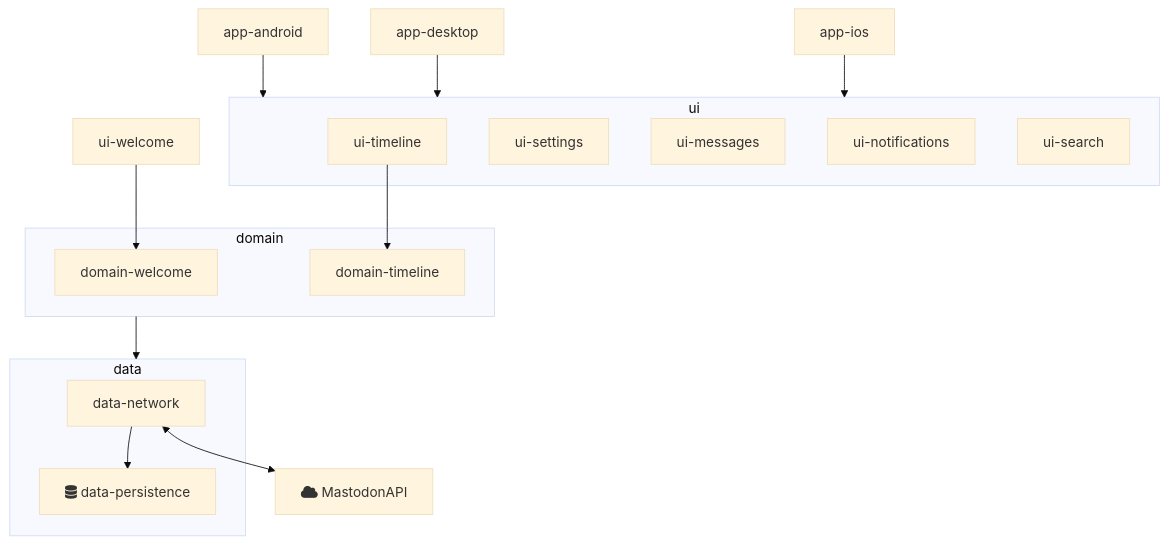
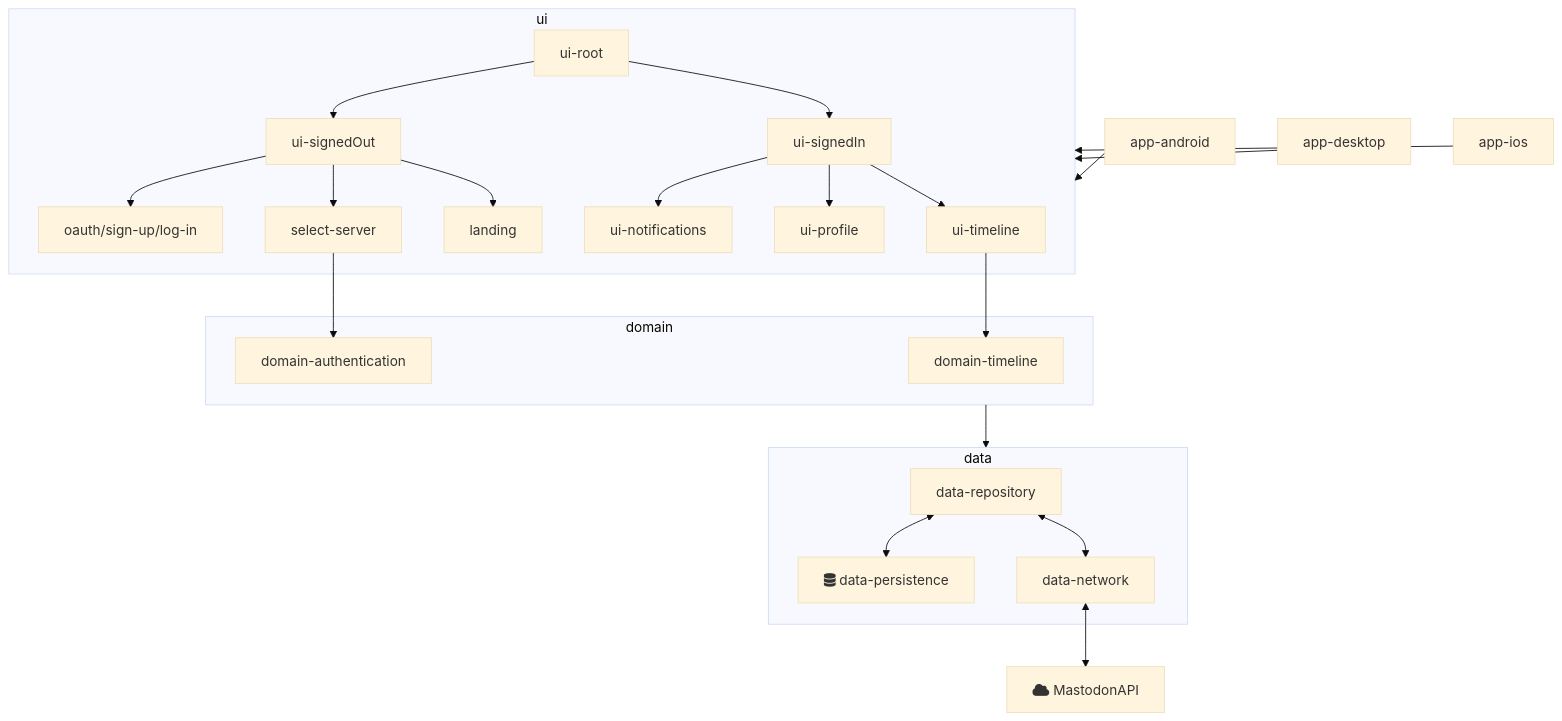
The diagram in CONTRIBUTING.md (AndroidDev-social/DodoForMastodon), drawn with Mermaid (base theme) before and after one commit. The commit also changed other lines of this file and 185 other files, not shown here.

````diff
--- a/CONTRIBUTING.md
+++ b/CONTRIBUTING.md
@@ -105,37 +107,52 @@
 ```mermaid
 flowchart TD
     android[app-android]
     desktop[app-desktop]
     ios[app-ios]
 
     android --> ui
     desktop --> ui
     ios --> ui
 
-    ui-welcome --> domain-welcome
     ui-timeline --> domain-timeline
+    select-server --> domain-authentication
 
     subgraph ui
+        ui-root
+        ui-signedIn
+        ui-signedOut
         ui-timeline
-        ui-settings
-        ui-messages
+        ui-profile
         ui-notifications
-        ui-search
+        landing
+        select-server
+        oauth/sign-up/log-in
     end
+    
+    ui-root --> ui-signedIn
+    ui-root --> ui-signedOut
+    ui-signedOut --> landing
+    ui-signedOut --> select-server
+    ui-signedOut --> oauth/sign-up/log-in
+    ui-signedIn --> ui-timeline
+    ui-signedIn --> ui-profile
+    ui-signedIn --> ui-notifications
     
     subgraph domain
         domain-timeline
-        domain-welcome
+        domain-authentication 
     end
     
     domain --> data
 
     subgraph data
+        data-repository
         data-network
         data-persistence
     end
 
-    data-network --> data-persistence[fa:fa-database data-persistence]
+    data-repository <--> data-network
+    data-repository <--> data-persistence[fa:fa-database data-persistence]
 
     data-network <--> Y[fa:fa-cloud MastodonAPI]
 ```
````
